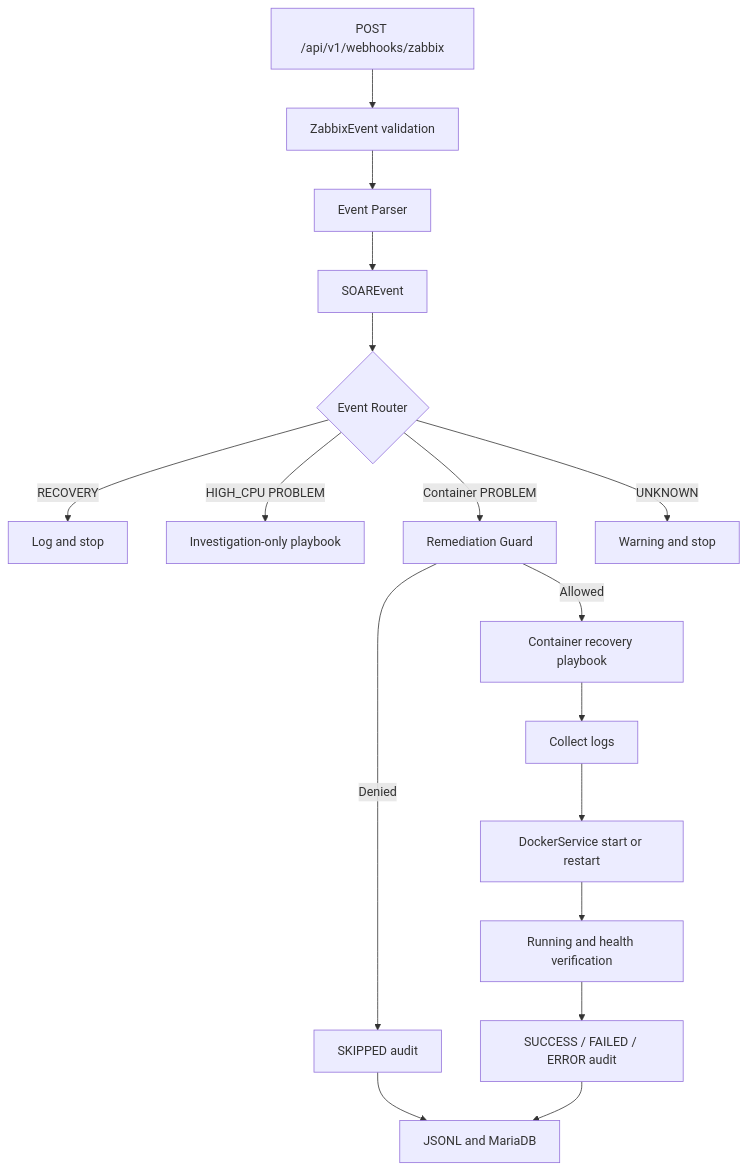
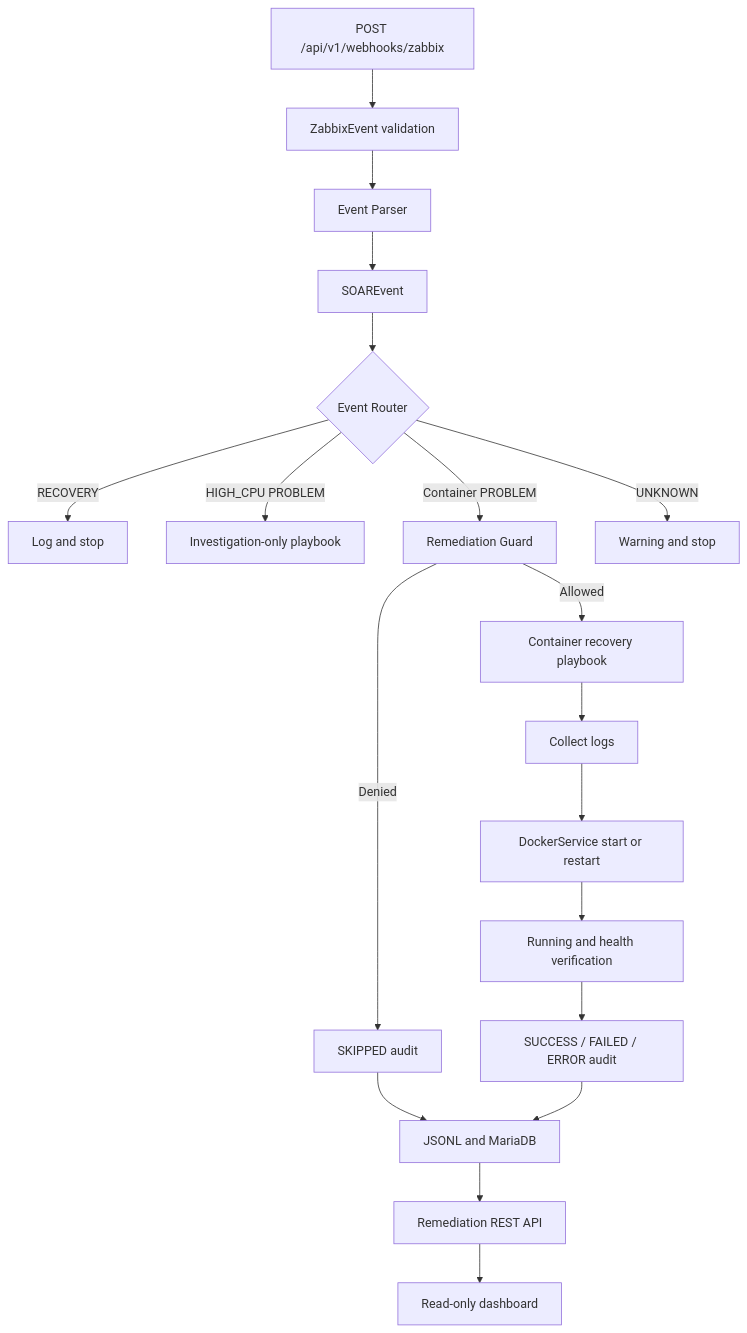
One commit to anhta-0207/Mini-Soar changed the second of 2 diagrams in docs/architecture.md. Above: the diagram before and after it, drawn with Mermaid. The commit also changed other lines of this file and 6 other files, not shown here.

````diff
--- a/docs/architecture.md
+++ b/docs/architecture.md
@@ -41,19 +70,21 @@
 ```mermaid
 flowchart TD
     A[POST /api/v1/webhooks/zabbix] --> B[ZabbixEvent validation]
     B --> C[Event Parser]
     C --> D[SOAREvent]
     D --> E{Event Router}
     E -->|RECOVERY| F[Log and stop]
     E -->|HIGH_CPU PROBLEM| G[Investigation-only playbook]
     E -->|Container PROBLEM| H[Remediation Guard]
     E -->|UNKNOWN| I[Warning and stop]
     H -->|Denied| J[SKIPPED audit]
     H -->|Allowed| K[Container recovery playbook]
     K --> L[Collect logs]
     L --> M[DockerService start or restart]
     M --> N[Running and health verification]
     N --> O[SUCCESS / FAILED / ERROR audit]
     J --> P[JSONL and MariaDB]
     O --> P
+    P --> Q[Remediation REST API]
+    Q --> R[Read-only dashboard]
 ```
````
